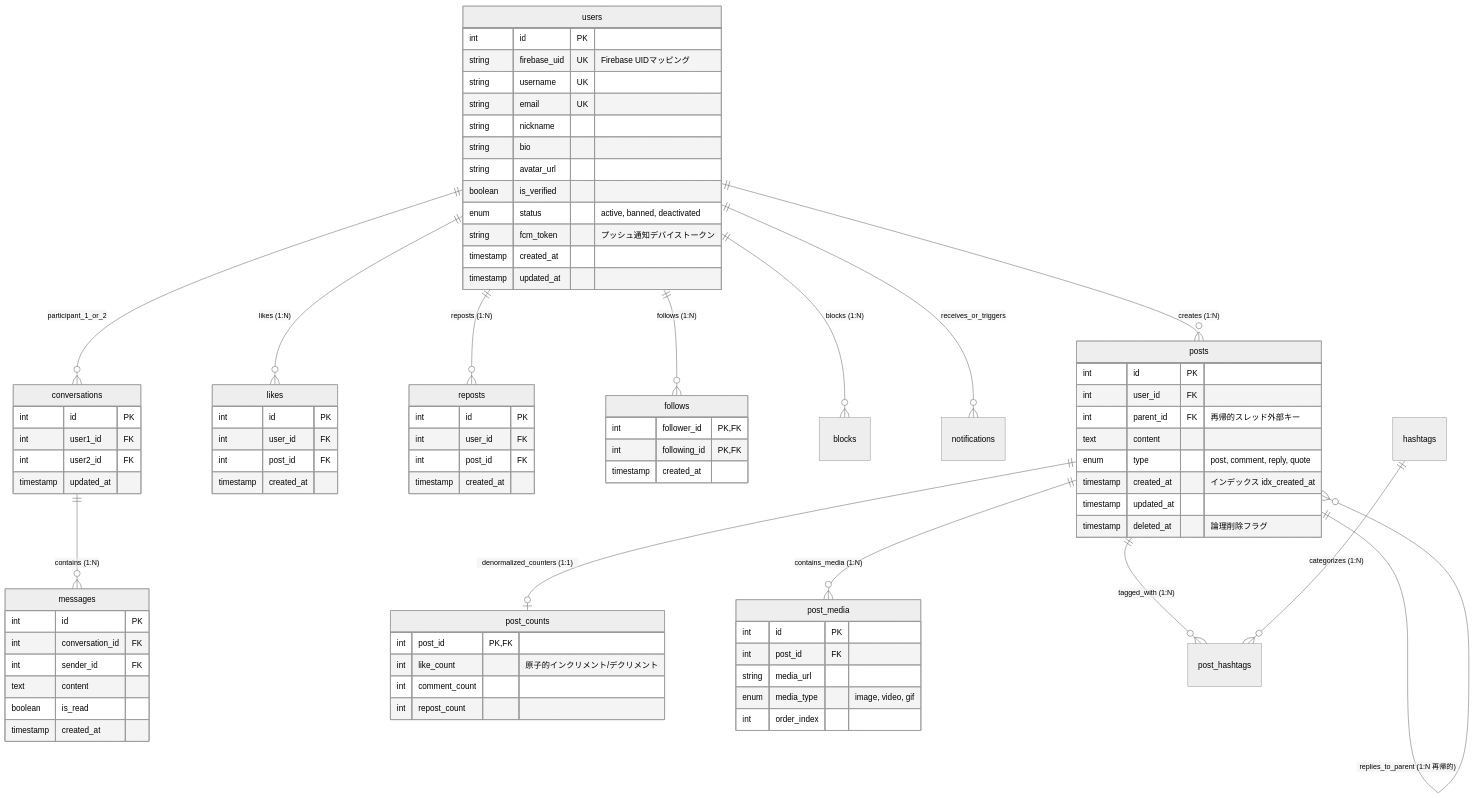
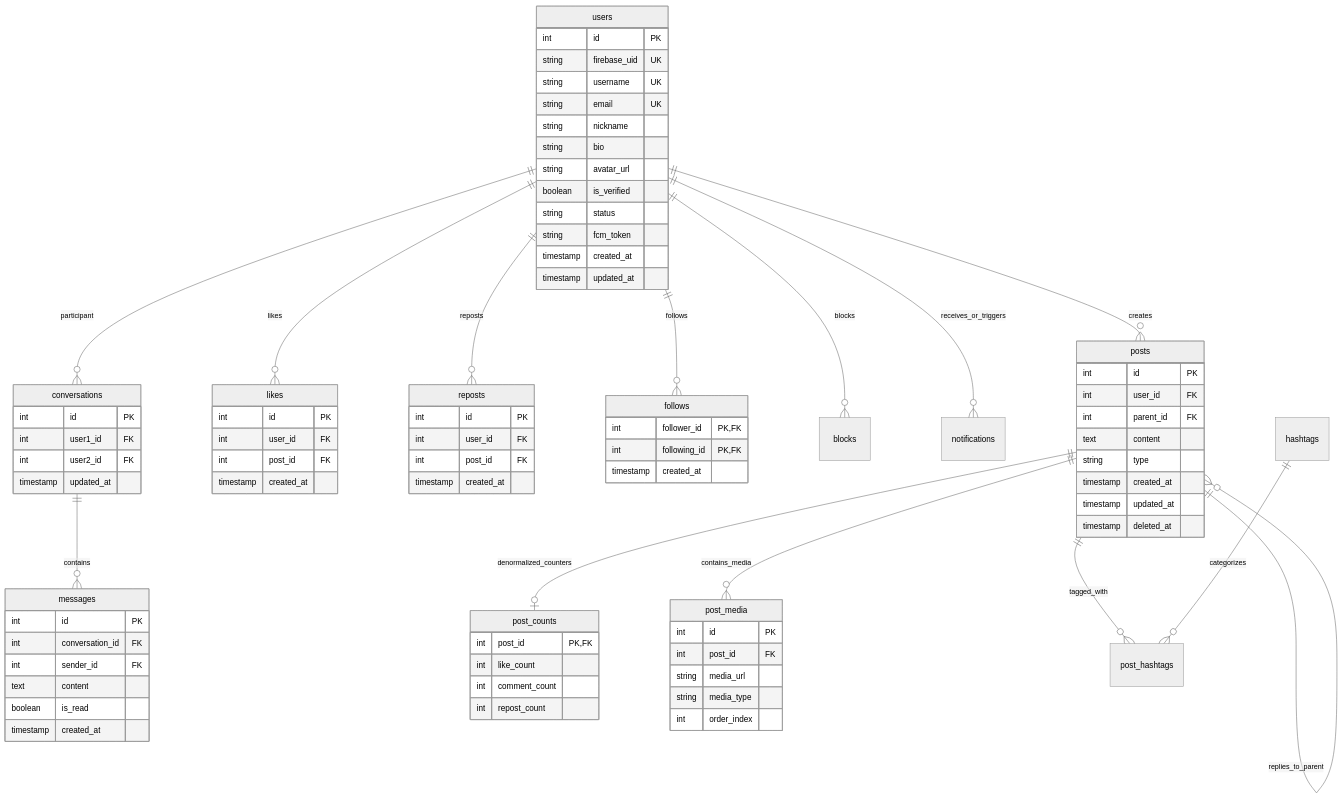
The fourth of 5 diagrams in README.ja.md (aimachinius/Thread-City-), drawn with Mermaid (neutral theme) before and after one commit. The commit also changed other lines of this file and 2 other files, not shown here.

Commit message:
fix(docs): resolve GitHub Mermaid diagram parse errors across all README files

````diff
--- a/README.ja.md
+++ b/README.ja.md
@@ -249,30 +265,30 @@
 ```mermaid
 erDiagram
-    users ||--o{ posts : "creates (1:N)"
-    users ||--o{ likes : "likes (1:N)"
-    users ||--o{ reposts : "reposts (1:N)"
-    users ||--o{ follows : "follows (1:N)"
-    users ||--o{ blocks : "blocks (1:N)"
+    users ||--o{ posts : "creates"
+    users ||--o{ likes : "likes"
+    users ||--o{ reposts : "reposts"
+    users ||--o{ follows : "follows"
+    users ||--o{ blocks : "blocks"
     users ||--o{ notifications : "receives_or_triggers"
-    users ||--o{ conversations : "participant_1_or_2"
-    conversations ||--o{ messages : "contains (1:N)"
-    posts ||--o{ posts : "replies_to_parent (1:N 再帰的)"
-    posts ||--o| post_counts : "denormalized_counters (1:1)"
-    posts ||--o{ post_media : "contains_media (1:N)"
-    posts ||--o{ post_hashtags : "tagged_with (1:N)"
-    hashtags ||--o{ post_hashtags : "categorizes (1:N)"
+    users ||--o{ conversations : "participant"
+    conversations ||--o{ messages : "contains"
+    posts ||--o{ posts : "replies_to_parent"
+    posts ||--o| post_counts : "denormalized_counters"
+    posts ||--o{ post_media : "contains_media"
+    posts ||--o{ post_hashtags : "tagged_with"
+    hashtags ||--o{ post_hashtags : "categorizes"
 
     users {
         int id PK
-        string firebase_uid UK "Firebase UIDマッピング"
+        string firebase_uid UK
         string username UK
         string email UK
         string nickname
         string bio
         string avatar_url
         boolean is_verified
-        enum status "active, banned, deactivated"
-        string fcm_token "プッシュ通知デバイストークン"
+        string status
+        string fcm_token
         timestamp created_at
         timestamp updated_at
     }
@@ -280,17 +296,17 @@
     posts {
         int id PK
         int user_id FK
-        int parent_id FK "再帰的スレッド外部キー"
+        int parent_id FK
         text content
-        enum type "post, comment, reply, quote"
-        timestamp created_at "インデックス idx_created_at"
+        string type
+        timestamp created_at
         timestamp updated_at
-        timestamp deleted_at "論理削除フラグ"
+        timestamp deleted_at
     }
 
     post_counts {
         int post_id PK, FK
-        int like_count "原子的インクリメント/デクリメント"
+        int like_count
         int comment_count
         int repost_count
     }
@@ -299,7 +315,7 @@
         int id PK
         int post_id FK
         string media_url
-        enum media_type "image, video, gif"
+        string media_type
         int order_index
     }
 
````
